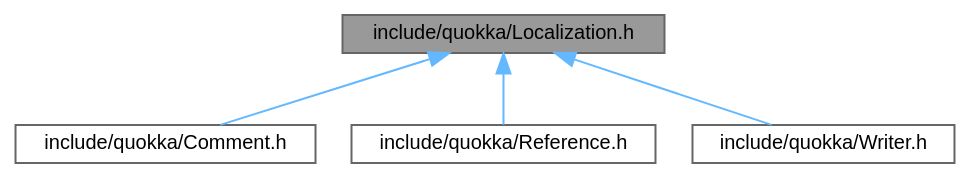
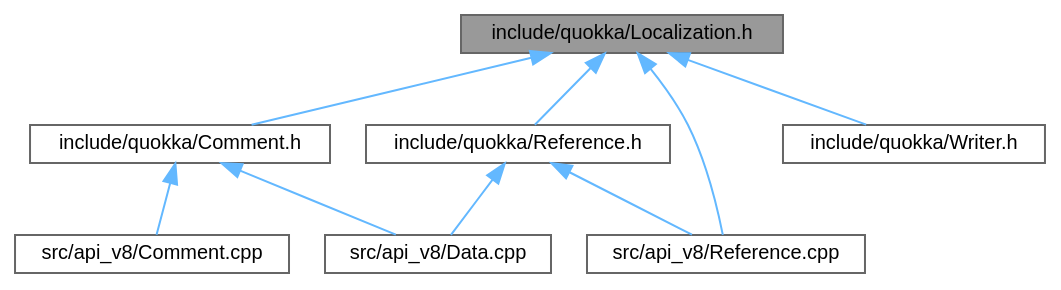
One commit to quarkslab/quokka changed the diagram in reference/cpp/Localization_8h__dep__incl.dot. Above: the diagram before and after it, drawn with Graphviz. The commit also changed 83 other files, not shown here.

```diff
--- a/reference/cpp/Localization_8h__dep__incl.dot
+++ b/reference/cpp/Localization_8h__dep__incl.dot
@@ -1,14 +1,22 @@
 digraph "include/quokka/Localization.h"
 {
  // LATEX_PDF_SIZE
   bgcolor="transparent";
   edge [fontname=Helvetica,fontsize=10,labelfontname=Helvetica,labelfontsize=10];
   node [fontname=Helvetica,fontsize=10,shape=box,height=0.2,width=0.4];
   Node1 [id="Node000001",label="include/quokka/Localization.h",height=0.2,width=0.4,color="gray40", fillcolor="grey60", style="filled", fontcolor="black",tooltip=" "];
   Node1 -> Node2 [id="edge1_Node000001_Node000002",dir="back",color="steelblue1",style="solid",tooltip=" "];
   Node2 [id="Node000002",label="include/quokka/Comment.h",height=0.2,width=0.4,color="grey40", fillcolor="white", style="filled",URL="$Comment_8h.html",tooltip=" "];
-  Node1 -> Node3 [id="edge2_Node000001_Node000003",dir="back",color="steelblue1",style="solid",tooltip=" "];
-  Node3 [id="Node000003",label="include/quokka/Reference.h",height=0.2,width=0.4,color="grey40", fillcolor="white", style="filled",URL="$Reference_8h.html",tooltip=" "];
-  Node1 -> Node4 [id="edge3_Node000001_Node000004",dir="back",color="steelblue1",style="solid",tooltip=" "];
-  Node4 [id="Node000004",label="include/quokka/Writer.h",height=0.2,width=0.4,color="grey40", fillcolor="white", style="filled",URL="$Writer_8h.html",tooltip=" "];
+  Node2 -> Node3 [id="edge2_Node000002_Node000003",dir="back",color="steelblue1",style="solid",tooltip=" "];
+  Node3 [id="Node000003",label="src/api_v8/Comment.cpp",height=0.2,width=0.4,color="grey40", fillcolor="white", style="filled",URL="$api__v8_2Comment_8cpp_source.html",tooltip=" "];
+  Node2 -> Node4 [id="edge3_Node000002_Node000004",dir="back",color="steelblue1",style="solid",tooltip=" "];
+  Node4 [id="Node000004",label="src/api_v8/Data.cpp",height=0.2,width=0.4,color="grey40", fillcolor="white", style="filled",URL="$api__v8_2Data_8cpp_source.html",tooltip=" "];
+  Node1 -> Node5 [id="edge4_Node000001_Node000005",dir="back",color="steelblue1",style="solid",tooltip=" "];
+  Node5 [id="Node000005",label="include/quokka/Reference.h",height=0.2,width=0.4,color="grey40", fillcolor="white", style="filled",URL="$Reference_8h.html",tooltip=" "];
+  Node5 -> Node4 [id="edge5_Node000005_Node000004",dir="back",color="steelblue1",style="solid",tooltip=" "];
+  Node5 -> Node6 [id="edge6_Node000005_Node000006",dir="back",color="steelblue1",style="solid",tooltip=" "];
+  Node6 [id="Node000006",label="src/api_v8/Reference.cpp",height=0.2,width=0.4,color="grey40", fillcolor="white", style="filled",URL="$api__v8_2Reference_8cpp_source.html",tooltip=" "];
+  Node1 -> Node7 [id="edge7_Node000001_Node000007",dir="back",color="steelblue1",style="solid",tooltip=" "];
+  Node7 [id="Node000007",label="include/quokka/Writer.h",height=0.2,width=0.4,color="grey40", fillcolor="white", style="filled",URL="$Writer_8h.html",tooltip=" "];
+  Node1 -> Node6 [id="edge8_Node000001_Node000006",dir="back",color="steelblue1",style="solid",tooltip=" "];
 }
```
